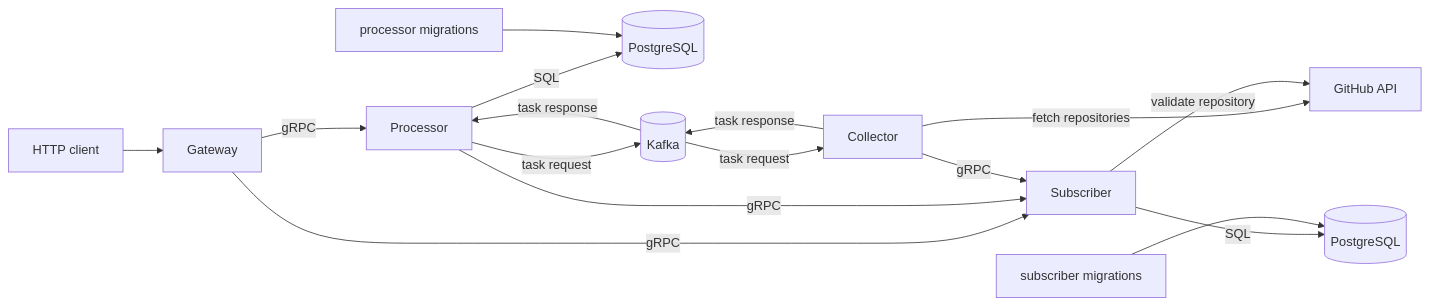
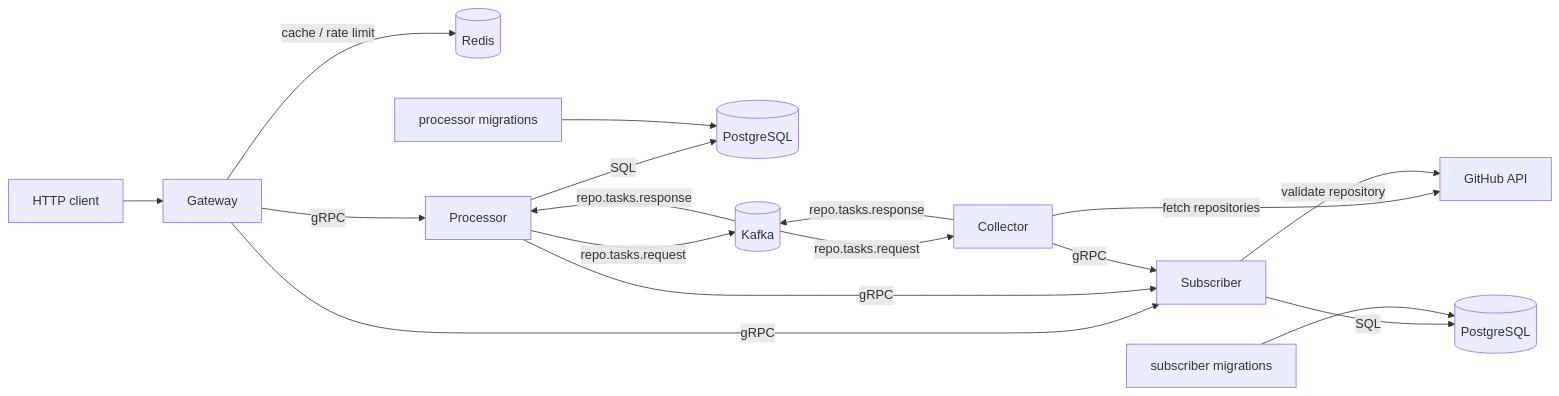
The diagram in README.md (xamelllion/golang-course), drawn with Mermaid before and after one commit. The commit also changed other lines of this file, not shown here.

````diff
--- a/README.md
+++ b/README.md
@@ -7,24 +7,25 @@
 ```mermaid
 flowchart LR
     Client[HTTP client] --> Gateway[Gateway]
 
+    Gateway -->|cache / rate limit| Redis[(Redis)]
     Gateway -->|gRPC| Processor[Processor]
     Gateway -->|gRPC| Subscriber[Subscriber]
 
     Processor -->|SQL| ProcessorDB[(PostgreSQL)]
-    Processor -->|task request| Kafka[(Kafka)]
-    Kafka -->|task response| Processor
+    Processor -->|repo.tasks.request| Kafka[(Kafka)]
+    Kafka -->|repo.tasks.response| Processor
 
-    Kafka -->|task request| Collector[Collector]
-    Collector -->|task response| Kafka
+    Kafka -->|repo.tasks.request| Collector[Collector]
+    Collector -->|repo.tasks.response| Kafka
 
     Processor -->|gRPC| Subscriber
     Collector -->|gRPC| Subscriber
 
     Collector -->|fetch repositories| GitHub[GitHub API]
     Subscriber -->|validate repository| GitHub
     Subscriber -->|SQL| SubscriberDB[(PostgreSQL)]
 
     MigrateSubscriber[subscriber migrations] --> SubscriberDB
     MigrateProcessor[processor migrations] --> ProcessorDB
 ```
````
